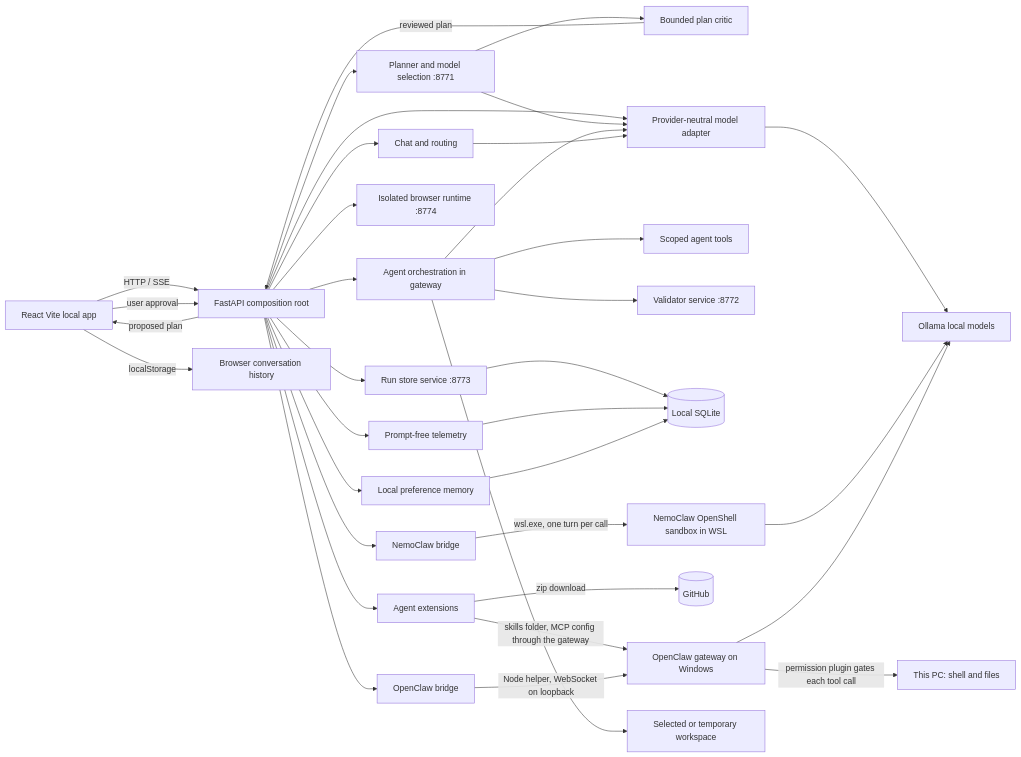
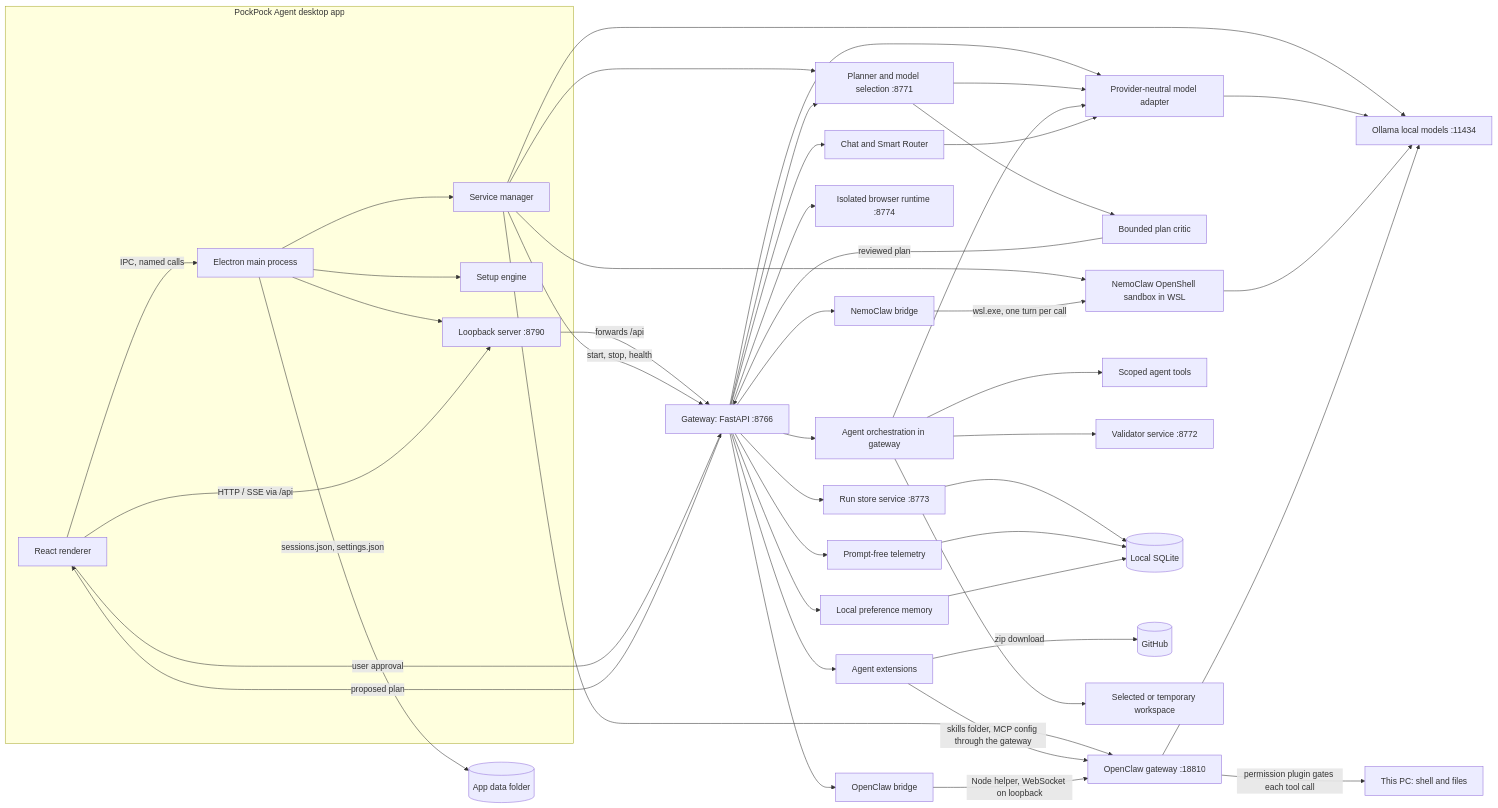
Before and after one commit to PockPock9/PockPockAgent: the diagram in docs/ARCHITECTURE.md, drawn with Mermaid. The commit also changed other lines of this file and 14 other files, not shown here.

Commit message:
Update all documentation for the desktop-only app, services, setup and installer

````diff
--- a/docs/ARCHITECTURE.md
+++ b/docs/ARCHITECTURE.md
@@ -7,37 +7,49 @@
 ```mermaid
 flowchart LR
-  Browser[React Vite local app] -->|HTTP / SSE| API[FastAPI composition root]
-  API --> Chat[Chat and routing]
+  subgraph Desktop[PockPock Agent desktop app]
+    UI[React renderer] -->|IPC, named calls| Main[Electron main process]
+    Main --> Services[Service manager]
+    Main --> Setup[Setup engine]
+    Main --> LocalServer[Loopback server :8790]
+  end
+  UI -->|HTTP / SSE via /api| LocalServer
+  LocalServer -->|forwards /api| API[Gateway: FastAPI :8766]
+  Services -->|start, stop, health| API
+  Services --> Planner
+  Services --> Ollama
+  Services --> ClawGateway
+  Services --> Sandbox
+  API --> Chat[Chat and Smart Router]
   API --> Planner[Planner and model selection :8771]
   Planner --> Critic[Bounded plan critic]
   Critic -->|reviewed plan| API
-  API -->|proposed plan| Browser
-  Browser -->|user approval| API
+  API -->|proposed plan| UI
+  UI -->|user approval| API
   API --> Agent[Agent orchestration in gateway]
   API --> ModelRouter[Provider-neutral model adapter]
   Planner --> ModelRouter
   Agent --> ModelRouter
   Chat --> ModelRouter
   Agent --> Tools[Scoped agent tools]
   Agent --> Validator[Validator service :8772]
   API --> RunStore[Run store service :8773]
   API --> BrowserRuntime[Isolated browser runtime :8774]
-  ModelRouter --> Ollama[Ollama local models]
+  ModelRouter --> Ollama[Ollama local models :11434]
   RunStore --> SQLite[(Local SQLite)]
   API --> Telemetry[Prompt-free telemetry]
   Telemetry --> SQLite
   API --> NemoClaw[NemoClaw bridge]
   NemoClaw -->|wsl.exe, one turn per call| Sandbox[NemoClaw OpenShell sandbox in WSL]
   Sandbox --> Ollama
   API --> OpenClaw[OpenClaw bridge]
   API --> Extensions[Agent extensions]
   Extensions -->|zip download| GitHub[(GitHub)]
   Extensions -->|skills folder, MCP config through the gateway| ClawGateway
-  OpenClaw -->|Node helper, WebSocket on loopback| ClawGateway[OpenClaw gateway on Windows]
+  OpenClaw -->|Node helper, WebSocket on loopback| ClawGateway[OpenClaw gateway :18810]
   ClawGateway -->|permission plugin gates each tool call| Host[This PC: shell and files]
   ClawGateway --> Ollama
   API --> Memory[Local preference memory]
   Memory --> SQLite
   Agent --> Workspace[Selected or temporary workspace]
-  Browser -->|localStorage| Conversations[Browser conversation history]
+  Main -->|sessions.json, settings.json| AppData[(App data folder)]
 ```
````
